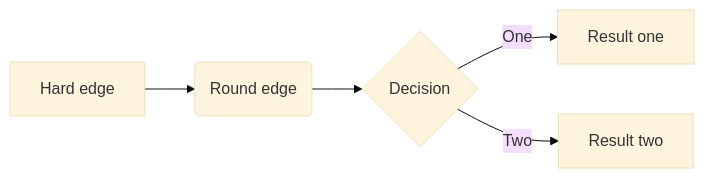
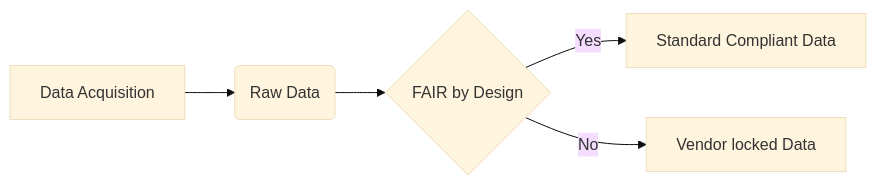
Before and after one commit to FAIRplus/the-fair-cookbook: the first of 2 diagrams in docs/content/1/frictionless.md, drawn with Mermaid (base theme). The commit also changed other lines of this file and 54 other files, not shown here.

Commit message:
adding support for flowchart diagram, Gantt chart, enabling mybinder.org for execution of notebooks, modifying the recipe template to reflect feedback, closes #17, closes #19

```diff
--- a/docs/content/1/frictionless.md
+++ b/docs/content/1/frictionless.md
@@ -14,10 +38,7 @@
 <div class="mermaid">
-
-
 graph LR;
-    A[Hard edge] -->B(Round edge)
-    B --> C{Decision}
-    C -->|One| D[Result one]
-    C -->|Two| E[Result two]
-
+    A[Data Acquisition] -->B(Raw Data)
+    B --> C{FAIR by Design}
+    C -->|Yes| D[Standard Compliant Data]
+    C -->|No| E[Vendor locked Data]
 </div>
```
